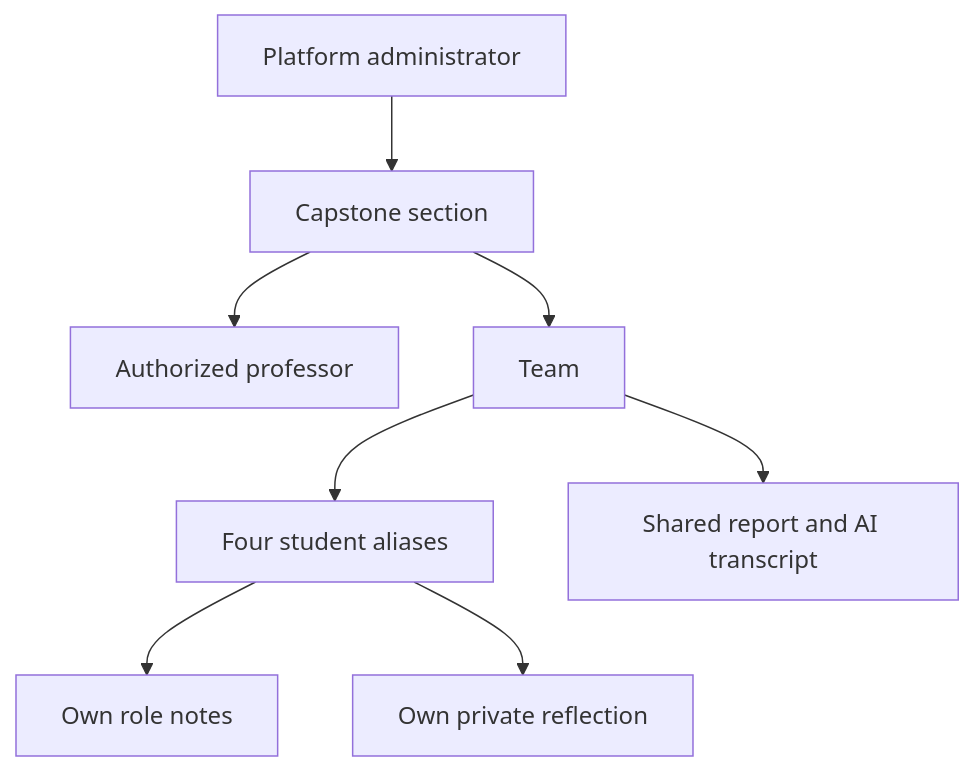
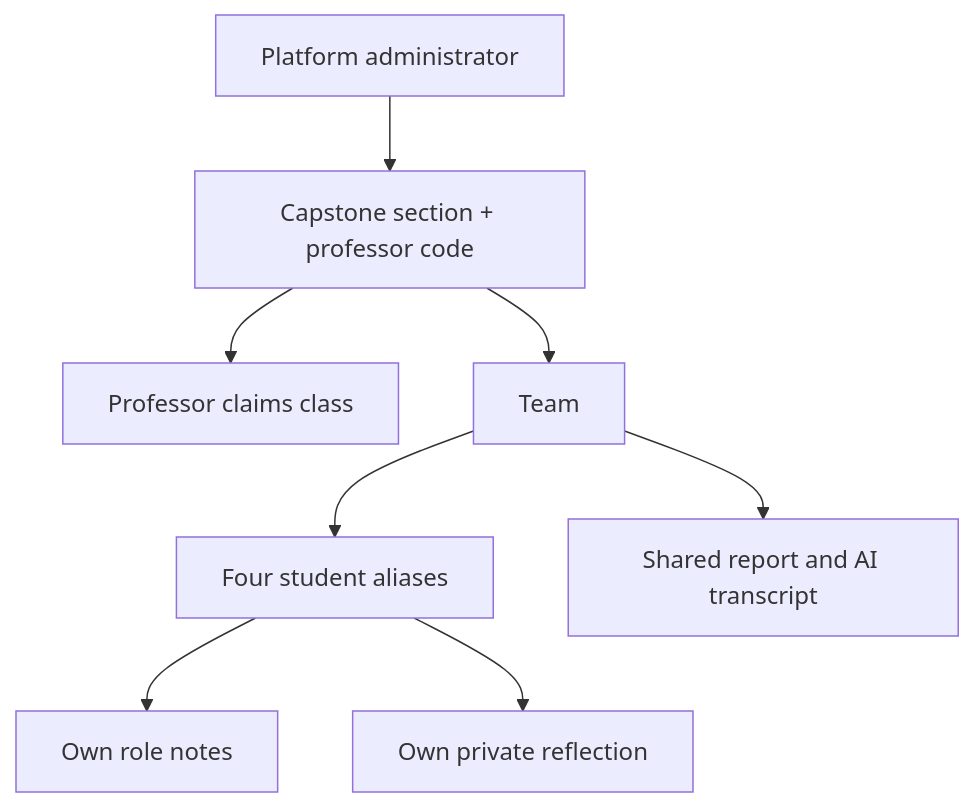
One commit to emilyemo/coolhack-cyber-academy changed the second of 2 diagrams in docs/ARCHITECTURE.md. Above: the diagram before and after it, drawn with Mermaid. The commit also changed other lines of this file, not shown here.

Commit message:
Add self-service professor and role portals

````diff
--- a/docs/ARCHITECTURE.md
+++ b/docs/ARCHITECTURE.md
@@ -29,10 +29,10 @@
 ```mermaid
 flowchart TD
-    A["Platform administrator"] --> B["Capstone section"]
-    B --> C["Authorized professor"]
+    A["Platform administrator"] --> B["Capstone section + professor code"]
+    B --> C["Professor claims class"]
     B --> D["Team"]
     D --> E["Four student aliases"]
     D --> F["Shared report and AI transcript"]
     E --> G["Own role notes"]
     E --> H["Own private reflection"]
 ```
````
